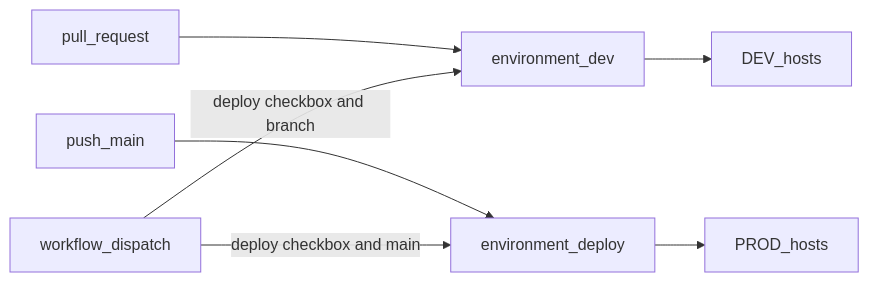
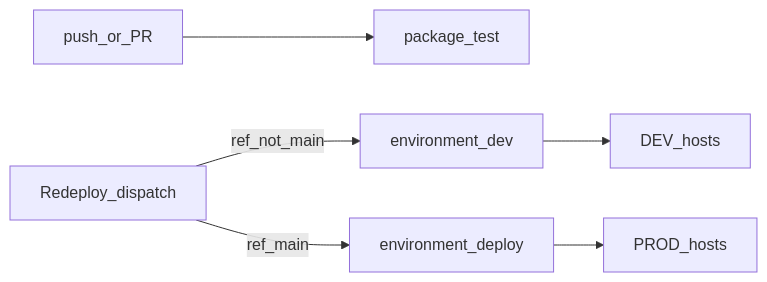
The fourth of 4 diagrams in ai_docs/plans/2026-09-19-mobile-mvp-backend.md (greenblat17/1billion-dollar-startup), drawn with Mermaid before and after one commit. The commit also changed other lines of this file and 13 other files, not shown here.

Commit message:
Feed Docker from a scp'd .env only, and document Redeploy plus DEV secrets.

````diff
--- a/ai_docs/plans/2026-09-19-mobile-mvp-backend.md
+++ b/ai_docs/plans/2026-09-19-mobile-mvp-backend.md
@@ -355,16 +340,13 @@
 ```mermaid
 flowchart LR
-  pr[pull_request]
-  mainPush[push_main]
-  dispatch[workflow_dispatch]
+  tests[push_or_PR]
+  pack[package_test]
+  redeploy[Redeploy_dispatch]
   envDev[environment_dev]
   envProd[environment_deploy]
   hostDev[DEV_hosts]
   hostProd[PROD_hosts]
-  pr --> envDev
-  envDev --> hostDev
-  mainPush --> envProd
-  envProd --> hostProd
-  dispatch -->|"deploy checkbox and branch"| envDev
-  dispatch -->|"deploy checkbox and main"| envProd
+  tests --> pack
+  redeploy -->|"ref_not_main"| envDev --> hostDev
+  redeploy -->|"ref_main"| envProd --> hostProd
 ```
````
